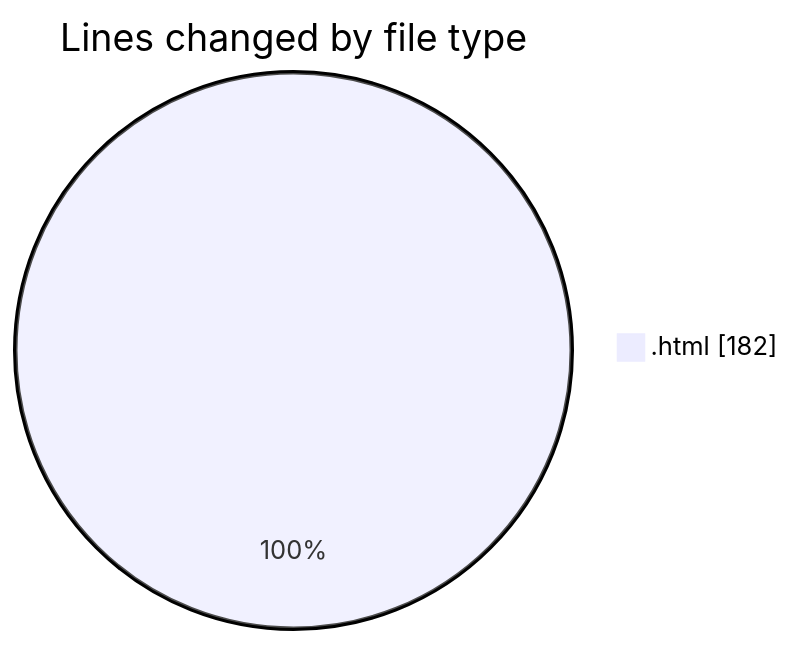
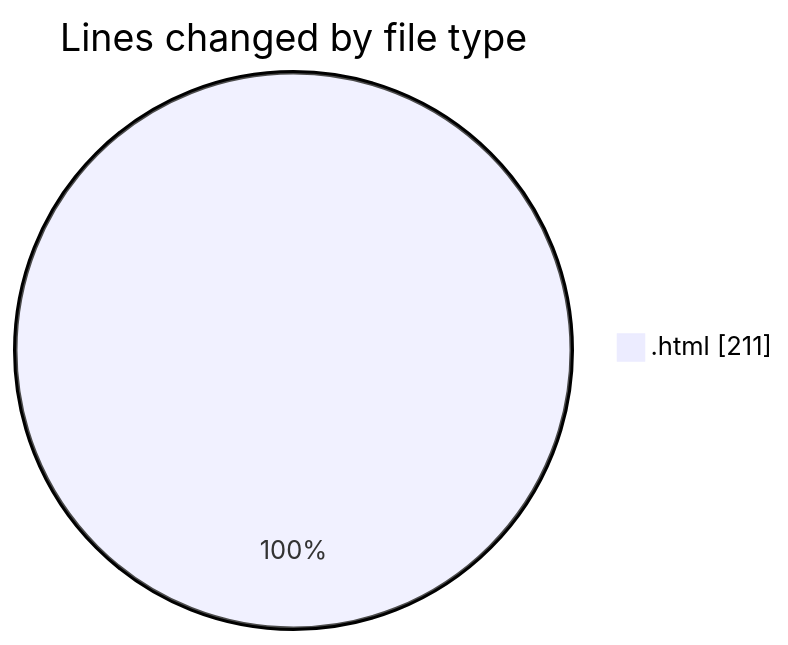
Before and after one commit to hasnaa123/code-tracking: the first of 2 diagrams in 2025-12-23/technologie_web/README.md, drawn with Mermaid. The commit also changed other lines of this file and 1 other file, not shown here.

````diff
--- a/2025-12-23/technologie_web/README.md
+++ b/2025-12-23/technologie_web/README.md
@@ -20,5 +20,5 @@
 ```mermaid
 pie showData
 title Lines changed by file type
-".html" : 182
+".html" : 211
 ```
````
